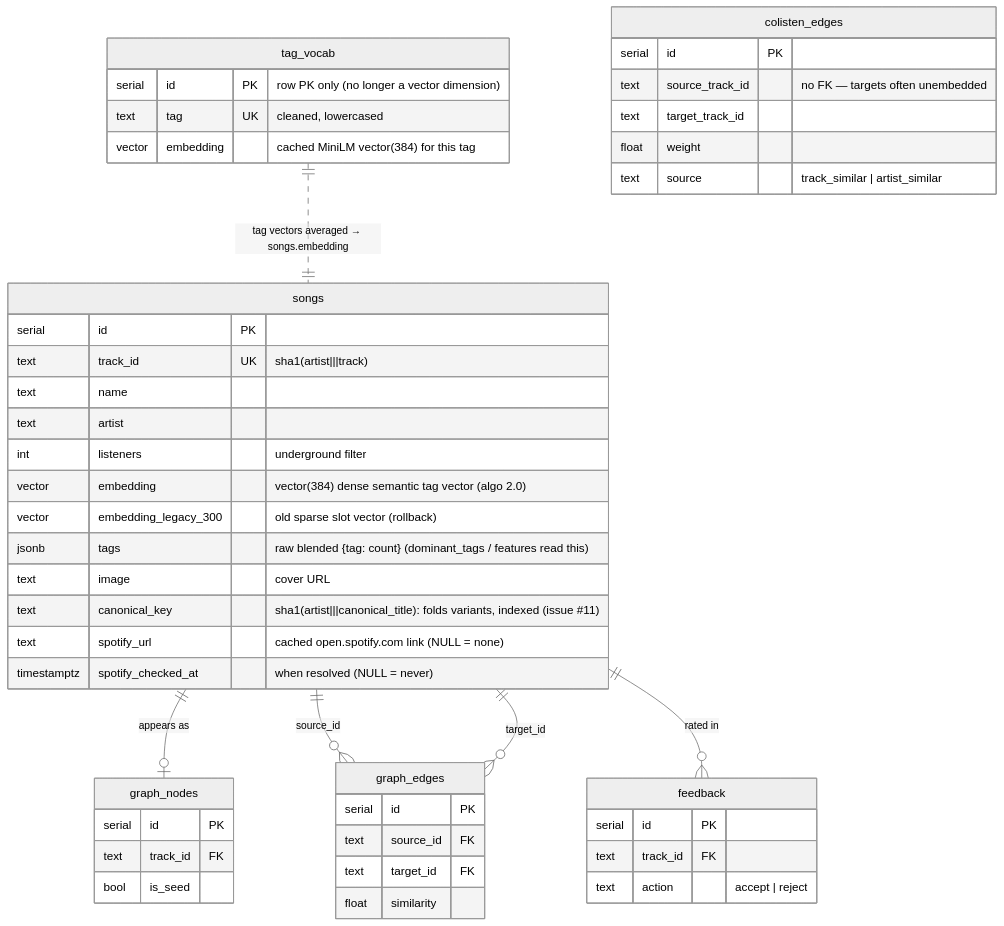
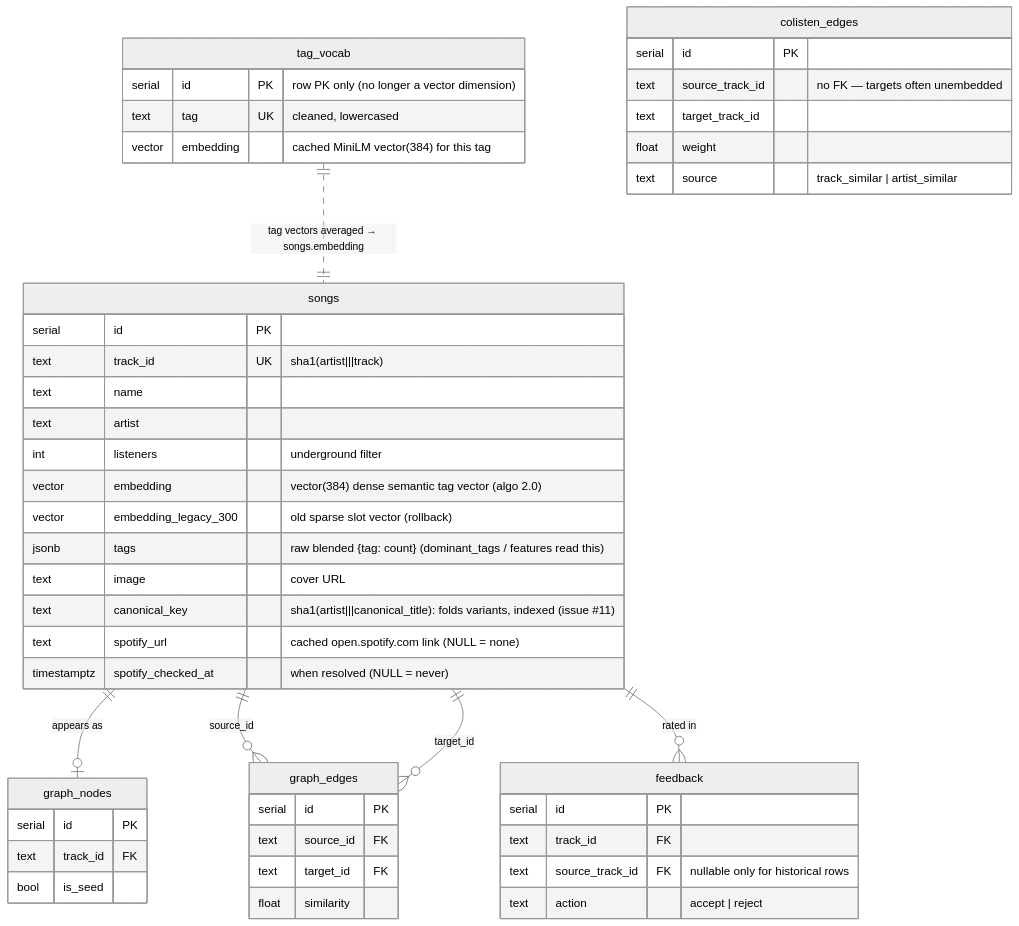
Before and after one commit to pedro-boudoux/pyo: the second of 13 diagrams in ARCHITECTURE.md, drawn with Mermaid (neutral theme). The commit also changed other lines of this file and 21 other files, not shown here.

Commit message:
Connect graph removal to parent-scoped rejection (#36)

````diff
--- a/ARCHITECTURE.md
+++ b/ARCHITECTURE.md
@@ -116,51 +116,52 @@
 ```mermaid
 erDiagram
     songs {
         serial id PK
         text track_id UK "sha1(artist|||track)"
         text name
         text artist
         int listeners "underground filter"
         vector embedding "vector(384) dense semantic tag vector (algo 2.0)"
         vector embedding_legacy_300 "old sparse slot vector (rollback)"
         jsonb tags "raw blended {tag: count} (dominant_tags / features read this)"
         text image "cover URL"
         text canonical_key "sha1(artist|||canonical_title): folds variants, indexed (issue #11)"
         text spotify_url "cached open.spotify.com link (NULL = none)"
         timestamptz spotify_checked_at "when resolved (NULL = never)"
     }
     tag_vocab {
         serial id PK "row PK only (no longer a vector dimension)"
         text tag UK "cleaned, lowercased"
         vector embedding "cached MiniLM vector(384) for this tag"
     }
     graph_nodes {
         serial id PK
         text track_id FK
         bool is_seed
     }
     graph_edges {
         serial id PK
         text source_id FK
         text target_id FK
         float similarity
     }
     feedback {
         serial id PK
         text track_id FK
+        text source_track_id FK "nullable only for historical rows"
         text action "accept | reject"
     }
     colisten_edges {
         serial id PK
         text source_track_id "no FK — targets often unembedded"
         text target_track_id
         float weight
         text source "track_similar | artist_similar"
     }
 
     songs ||--o| graph_nodes : "appears as"
     songs ||--o{ graph_edges : "source_id"
     songs ||--o{ graph_edges : "target_id"
     songs ||--o{ feedback : "rated in"
     tag_vocab ||..|| songs : "tag vectors averaged → songs.embedding"
 ```
````
